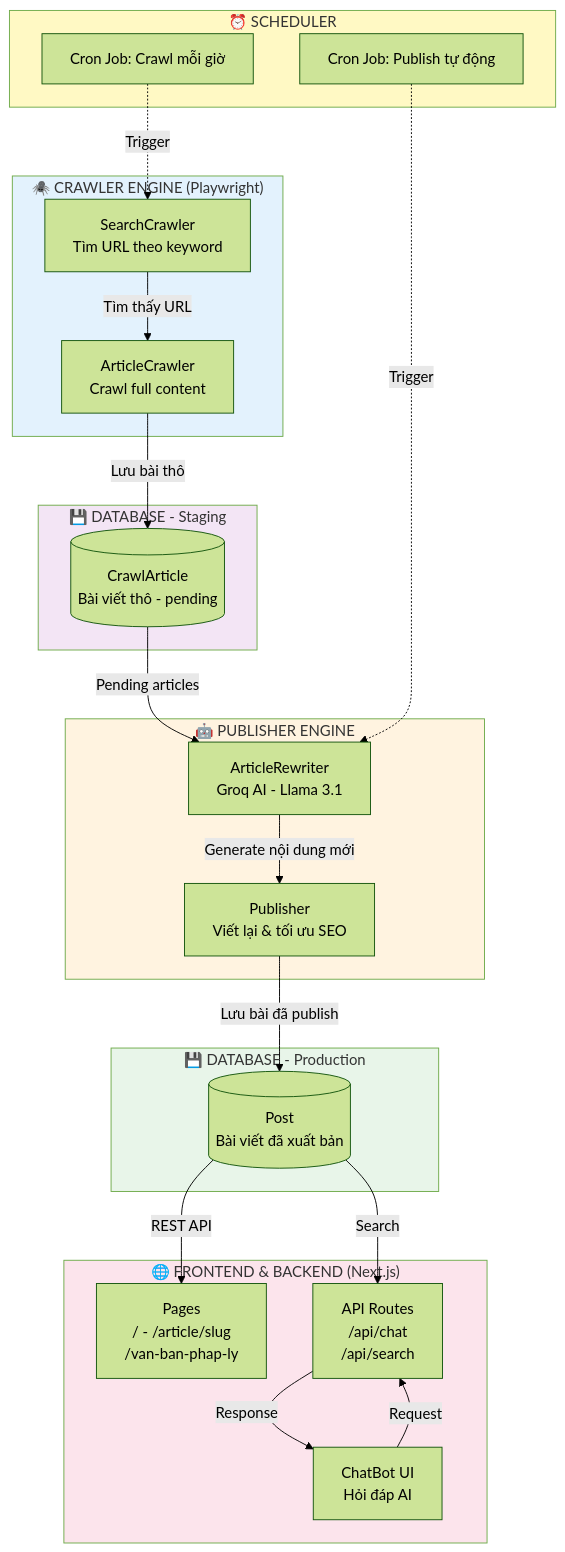
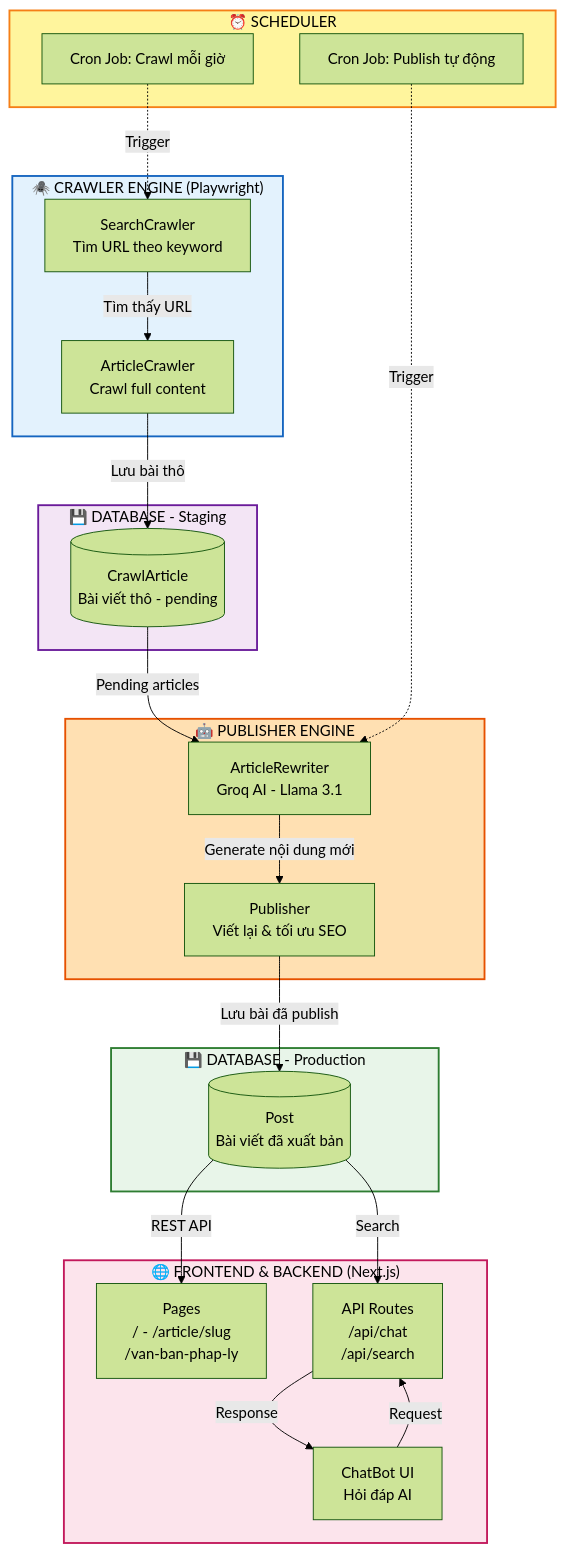
Before and after one commit to huonggianguit/crypto-news-aggregator: the diagram in README.md, drawn with Mermaid (forest theme).

Commit message:
Fix Mermaid diagram colors: use dark text on light backgrounds

````diff
--- a/README.md
+++ b/README.md
@@ -73,50 +73,50 @@
 ```mermaid
 graph TB
     subgraph CRAWLER["🕷️ CRAWLER ENGINE (Playwright)"]
         SC[SearchCrawler<br/>Tìm URL theo keyword]
         AC[ArticleCrawler<br/>Crawl full content]
         SC -->|Tìm thấy URL| AC
     end
 
     subgraph DB1["💾 DATABASE - Staging"]
         CRAWL[(CrawlArticle<br/>Bài viết thô - pending)]
     end
 
     subgraph SCHEDULER["⏰ SCHEDULER"]
         CRON1[Cron Job: Crawl mỗi giờ]
         CRON2[Cron Job: Publish tự động]
     end
 
     subgraph AI["🤖 PUBLISHER ENGINE"]
         REWRITER[ArticleRewriter<br/>Groq AI - Llama 3.1]
         PUB[Publisher<br/>Viết lại & tối ưu SEO]
         REWRITER -->|Generate nội dung mới| PUB
     end
 
     subgraph DB2["💾 DATABASE - Production"]
         POST[(Post<br/>Bài viết đã xuất bản)]
     end
 
     subgraph WEB["🌐 FRONTEND & BACKEND (Next.js)"]
         PAGES[Pages<br/>/ - /article/slug<br/>/van-ban-phap-ly]
         API[API Routes<br/>/api/chat<br/>/api/search]
         CHAT[ChatBot UI<br/>Hỏi đáp AI]
     end
 
     AC -->|Lưu bài thô| CRAWL
     CRON1 -.->|Trigger| SC
     CRAWL -->|Pending articles| REWRITER
     CRON2 -.->|Trigger| REWRITER
     PUB -->|Lưu bài đã publish| POST
     POST -->|REST API| PAGES
     POST -->|Search| API
     CHAT -->|Request| API
     API -->|Response| CHAT
 
-    style CRAWLER fill:#e3f2fd
-    style AI fill:#fff3e0
-    style DB1 fill:#f3e5f5
-    style DB2 fill:#e8f5e9
-    style WEB fill:#fce4ec
-    style SCHEDULER fill:#fff9c4
+    style CRAWLER fill:#e3f2fd,stroke:#1565c0,stroke-width:2px,color:#000
+    style AI fill:#ffe0b2,stroke:#e65100,stroke-width:2px,color:#000
+    style DB1 fill:#f3e5f5,stroke:#6a1b9a,stroke-width:2px,color:#000
+    style DB2 fill:#e8f5e9,stroke:#2e7d32,stroke-width:2px,color:#000
+    style WEB fill:#fce4ec,stroke:#c2185b,stroke-width:2px,color:#000
+    style SCHEDULER fill:#fff59d,stroke:#f57f17,stroke-width:2px,color:#000
 ```
````
